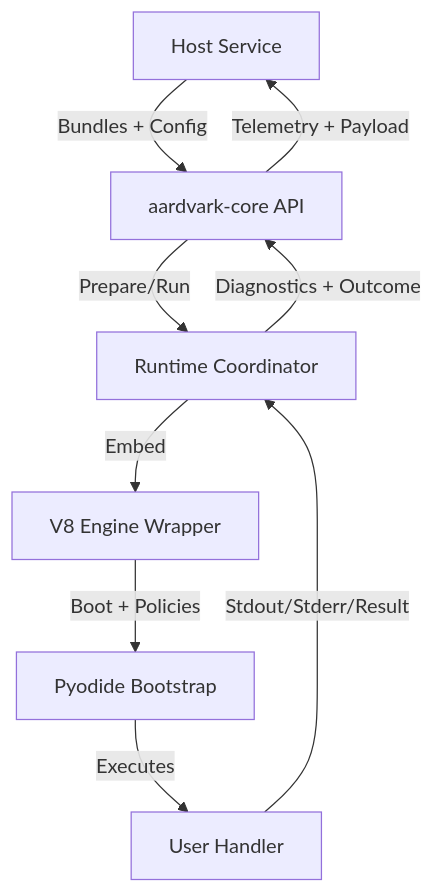
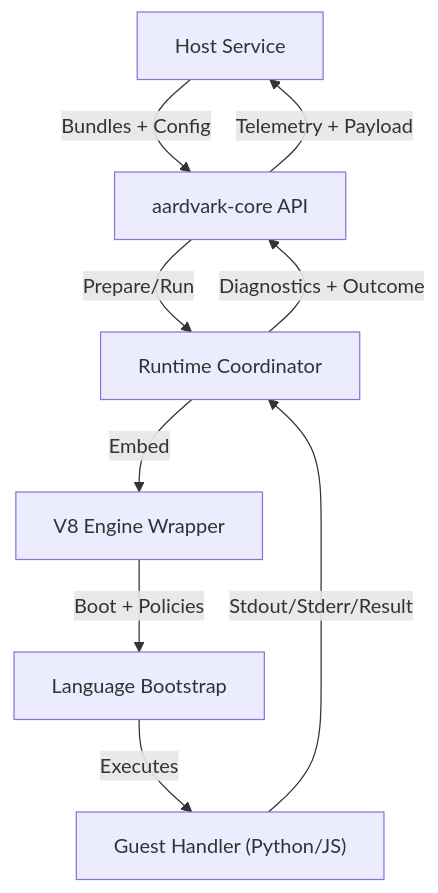
Before and after one commit to appunite/aardvark: the first of 2 diagrams in docs/architecture/overview.md, drawn with Mermaid. The commit also changed other lines of this file and 19 other files, not shown here.

````diff
--- a/docs/architecture/overview.md
+++ b/docs/architecture/overview.md
@@ -22,11 +22,11 @@
 ```mermaid
 graph TD
   Host[Host Service] -->|Bundles + Config| Core[aardvark-core API]
   Core -->|Prepare/Run| Runtime[Runtime Coordinator]
   Runtime -->|Embed| Engine[V8 Engine Wrapper]
-  Engine -->|Boot + Policies| Pyodide[Pyodide Bootstrap]
-  Pyodide -->|Executes| Python[User Handler]
-  Python -->|Stdout/Stderr/Result| Runtime
+  Engine -->|Boot + Policies| Bootstrap[Language Bootstrap]
+  Bootstrap -->|Executes| Guest["Guest Handler (Python/JS)"]
+  Guest -->|Stdout/Stderr/Result| Runtime
   Runtime -->|Diagnostics + Outcome| Core
   Core -->|Telemetry + Payload| Host
 ```
````
